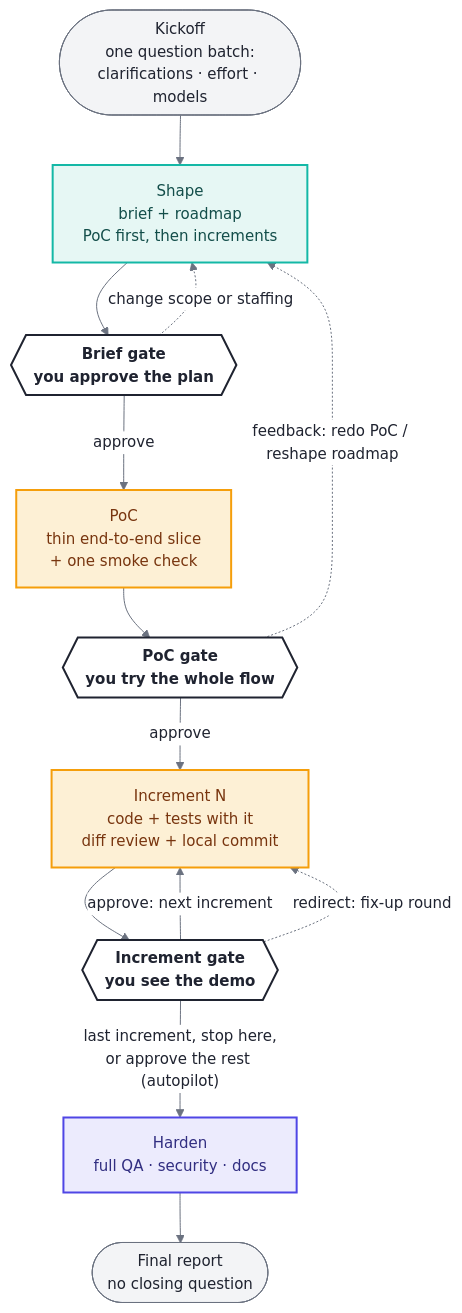
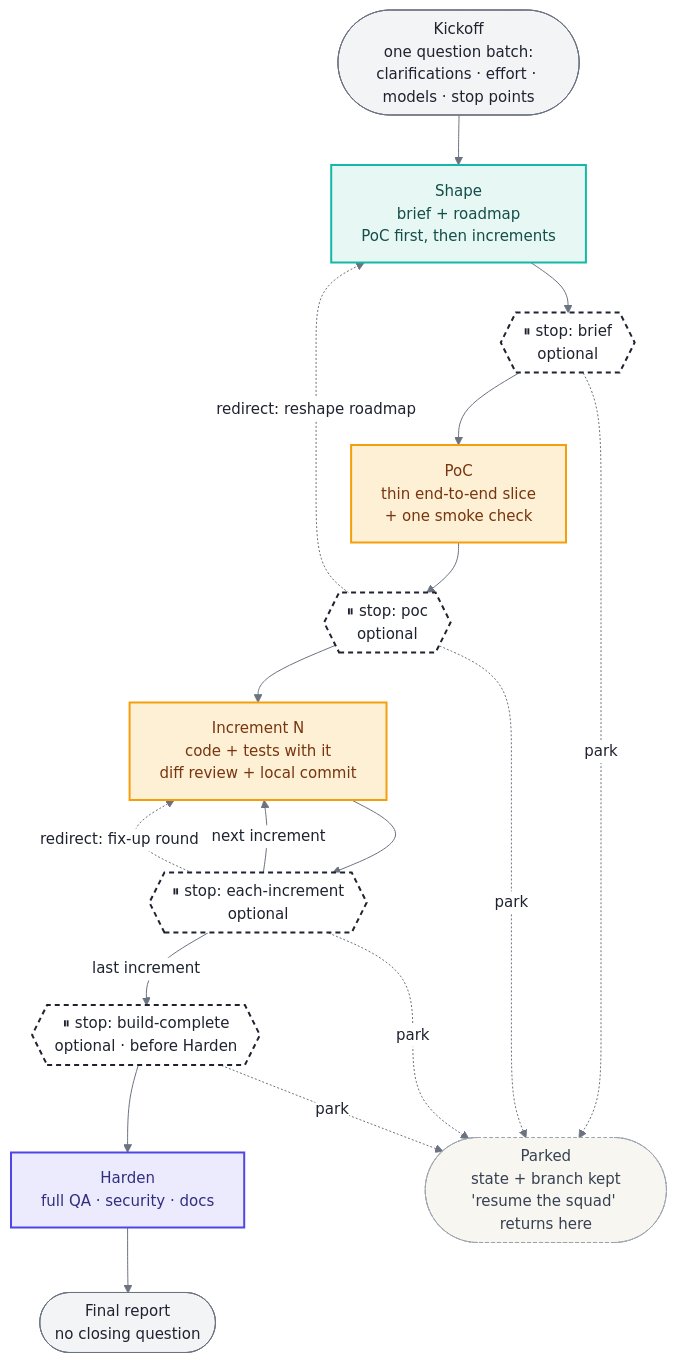
Before and after one commit to orhund8z/dotclaude: the first of 3 diagrams in plugins/squad/skills/squad/README.md, drawn with Mermaid. The commit also changed other lines of this file and 20 other files, not shown here.

First line of the commit message:
feat(squad): run through by default; stop points chosen at kickoff; park & resume (2.2.0)

````diff
--- a/plugins/squad/skills/squad/README.md
+++ b/plugins/squad/skills/squad/README.md
@@ -28,28 +41,28 @@
 ```mermaid
 %%{init: {'theme': 'base', 'themeVariables': {'fontFamily': 'Inter, Segoe UI, Helvetica, Arial, sans-serif', 'fontSize': '15px', 'primaryColor': '#ffffff', 'primaryBorderColor': '#9ca3af', 'primaryTextColor': '#1f2330', 'lineColor': '#6b7280', 'edgeLabelBackground': '#ffffff'}}}%%
 flowchart TD
-    K([Kickoff<br/>one question batch:<br/>clarifications · effort · models]):::io
+    K([Kickoff<br/>one question batch:<br/>clarifications · effort · models · stop points]):::io
     S[Shape<br/>brief + roadmap<br/>PoC first, then increments]:::shape
-    G1{{Brief gate<br/>you approve the plan}}:::gate
+    SB{{⏸ stop: brief<br/>optional}}:::stop
     P[PoC<br/>thin end-to-end slice<br/>+ one smoke check]:::build
-    G2{{PoC gate<br/>you try the whole flow}}:::gate
+    SP{{⏸ stop: poc<br/>optional}}:::stop
     I[Increment N<br/>code + tests with it<br/>diff review + local commit]:::build
-    G3{{Increment gate<br/>you see the demo}}:::gate
+    SI{{⏸ stop: each-increment<br/>optional}}:::stop
+    SC{{⏸ stop: build-complete<br/>optional · before Harden}}:::stop
     H[Harden<br/>full QA · security · docs]:::review
     R([Final report<br/>no closing question]):::io
+    PK([Parked<br/>state + branch kept<br/>'resume the squad' returns here]):::parked
 
-    K --> S --> G1
-    G1 -- approve --> P --> G2
-    G1 -. change scope or staffing .-> S
-    G2 -- approve --> I --> G3
-    G2 -. feedback: redo PoC / reshape roadmap .-> S
-    G3 -- approve: next increment --> I
-    G3 -. redirect: fix-up round .-> I
-    G3 -- "last increment, stop here,<br/>or approve the rest (autopilot)" --> H --> R
+    K --> S --> SB --> P --> SP --> I --> SI
+    SI -- next increment --> I
+    SI -- last increment --> SC --> H --> R
+    SB & SP & SI & SC -. park .-> PK
+    SP -. redirect: reshape roadmap .-> S
+    SI -. redirect: fix-up round .-> I
     classDef io fill:#f3f4f6,stroke:#6b7280,color:#1f2330
     classDef shape fill:#e6f7f4,stroke:#14b8a6,stroke-width:2px,color:#134e4a
     classDef build fill:#fdf0d5,stroke:#f59e0b,stroke-width:2px,color:#78350f
     classDef review fill:#ecebfd,stroke:#4f46e5,stroke-width:2px,color:#312e81
-    classDef gate fill:#ffffff,stroke:#1f2330,stroke-width:2px,color:#1f2330,font-weight:bold
-    classDef store fill:#f8f6f1,stroke:#9ca3af,color:#374151
+    classDef stop fill:#ffffff,stroke:#1f2330,stroke-width:2px,stroke-dasharray:5 4,color:#1f2330
+    classDef parked fill:#f8f6f1,stroke:#9ca3af,stroke-dasharray:3 3,color:#374151
 ```
````
